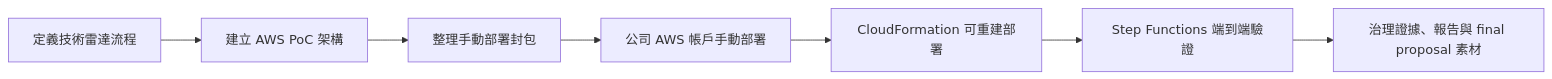
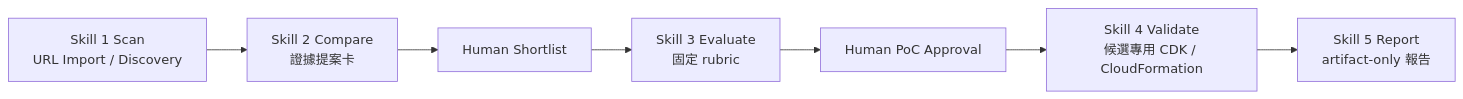
The diagram in README.md (gt52bts-dotcom/internship-tech-radar), drawn with Mermaid before and after one commit. The commit also changed other lines of this file and 110 other files, not shown here.

````diff
--- a/README.md
+++ b/README.md
@@ -15,9 +15,9 @@
 ```mermaid
 flowchart LR
-    A["定義技術雷達流程"] --> B["建立 AWS PoC 架構"]
-    B --> C["整理手動部署封包"]
-    C --> D["公司 AWS 帳戶手動部署"]
-    D --> E["CloudFormation 可重建部署"]
-    E --> F["Step Functions 端到端驗證"]
-    F --> G["治理證據、報告與 final proposal 素材"]
+    A["Skill 1 Scan<br/>URL Import / Discovery"] --> B["Skill 2 Compare<br/>證據提案卡"]
+    B --> C["Human Shortlist"]
+    C --> D["Skill 3 Evaluate<br/>固定 rubric"]
+    D --> E["Human PoC Approval"]
+    E --> F["Skill 4 Validate<br/>候選專用 CDK / CloudFormation"]
+    F --> G["Skill 5 Report<br/>artifact-only 報告"]
 ```
````
